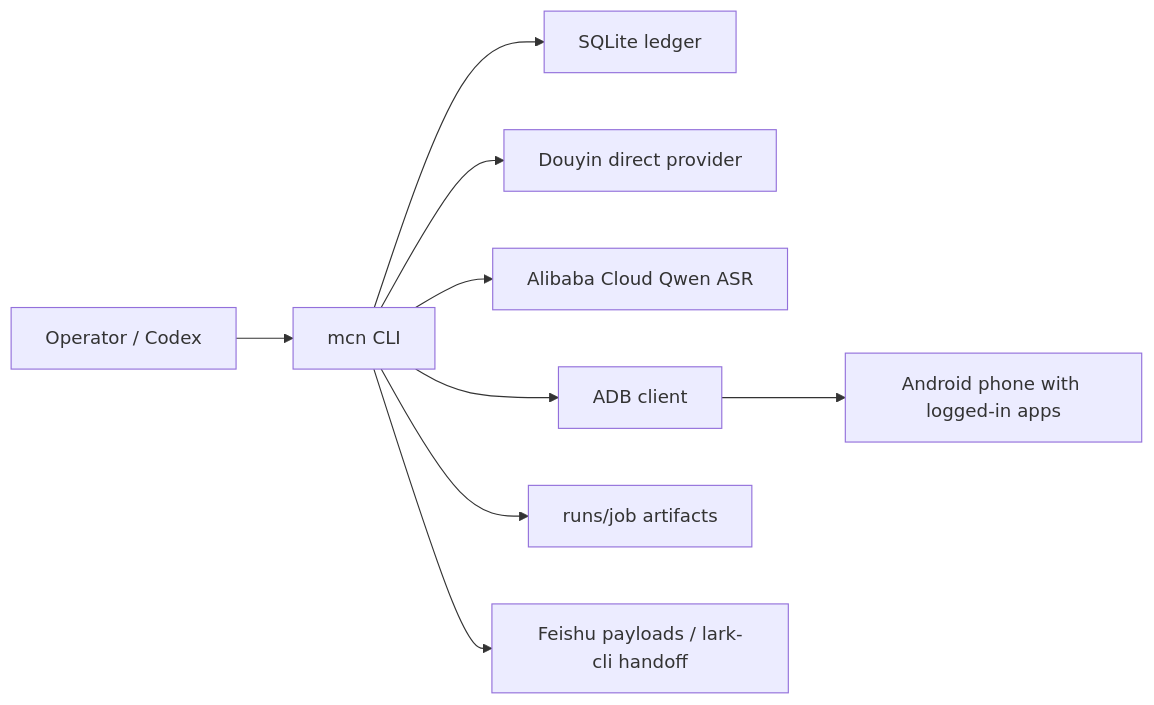
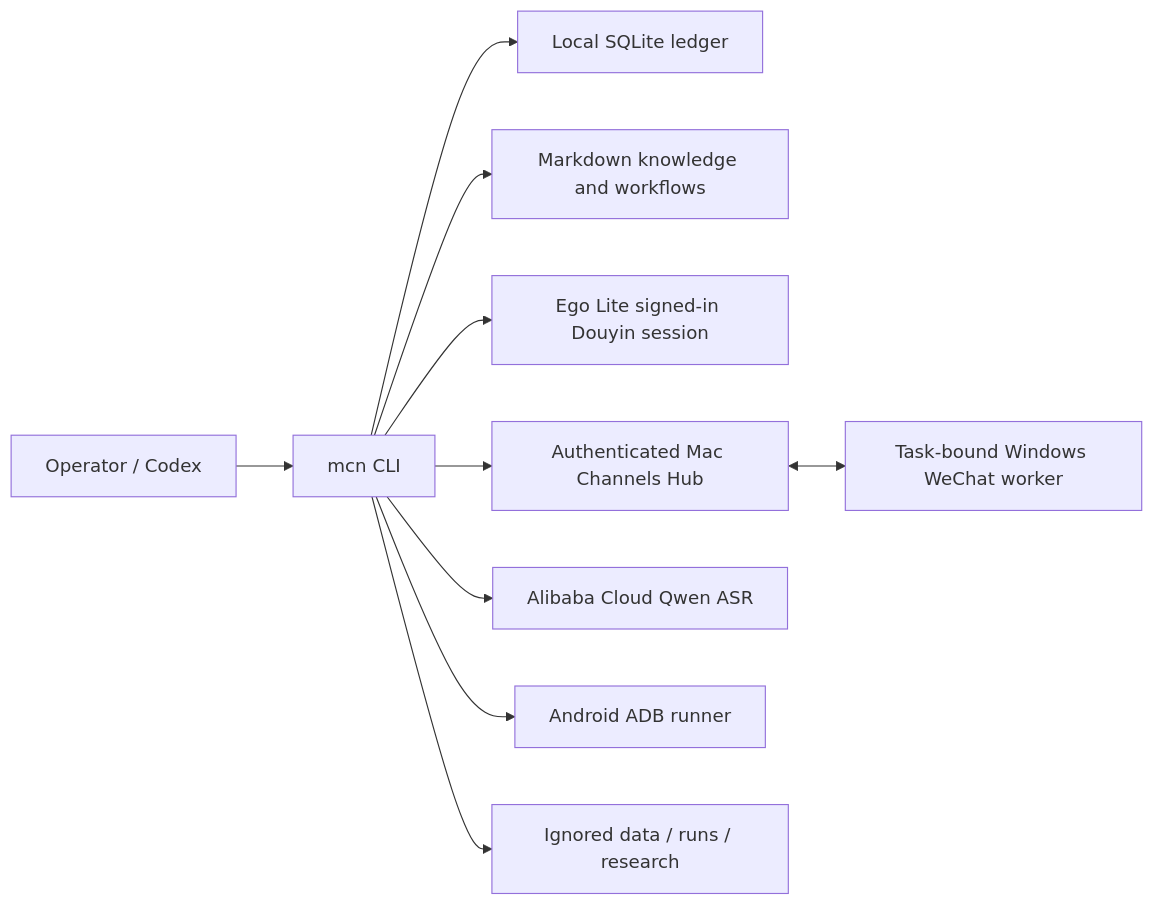
The diagram in docs/technical-spec.md (qiaozhang1225/codex-mcn-ops), drawn with Mermaid before and after one commit. The commit also changed other lines of this file and 49 other files, not shown here.

Commit message:
docs: govern project documentation and local research boundary

````diff
--- a/docs/technical-spec.md
+++ b/docs/technical-spec.md
@@ -7,11 +7,12 @@
 ```mermaid
 flowchart LR
-  User["Operator / Codex"] --> CLI["mcn CLI"]
-  CLI --> SQLite["SQLite ledger"]
-  CLI --> Douyin["Douyin direct provider"]
-  CLI --> Bailian["Alibaba Cloud Qwen ASR"]
-  CLI --> ADB["ADB client"]
-  ADB --> Phone["Android phone with logged-in apps"]
-  CLI --> Runs["runs/job artifacts"]
-  CLI --> Feishu["Feishu payloads / lark-cli handoff"]
+  Operator["Operator / Codex"] --> CLI["mcn CLI"]
+  CLI --> SQLite["Local SQLite ledger"]
+  CLI --> Knowledge["Markdown knowledge and workflows"]
+  CLI --> Ego["Ego Lite signed-in Douyin session"]
+  CLI --> Hub["Authenticated Mac Channels Hub"]
+  Hub <--> Worker["Task-bound Windows WeChat worker"]
+  CLI --> ASR["Alibaba Cloud Qwen ASR"]
+  CLI --> ADB["Android ADB runner"]
+  CLI --> Local["Ignored data / runs / research"]
 ```
````
